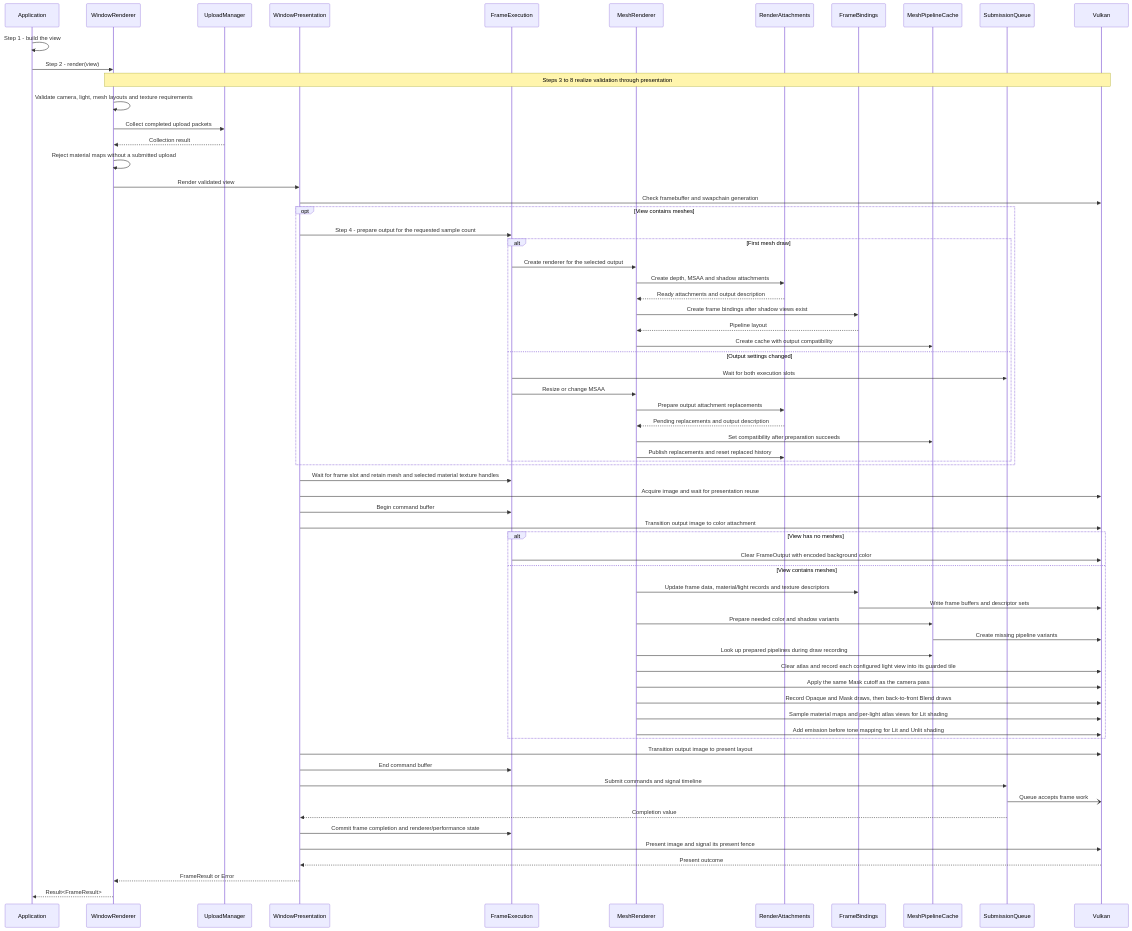
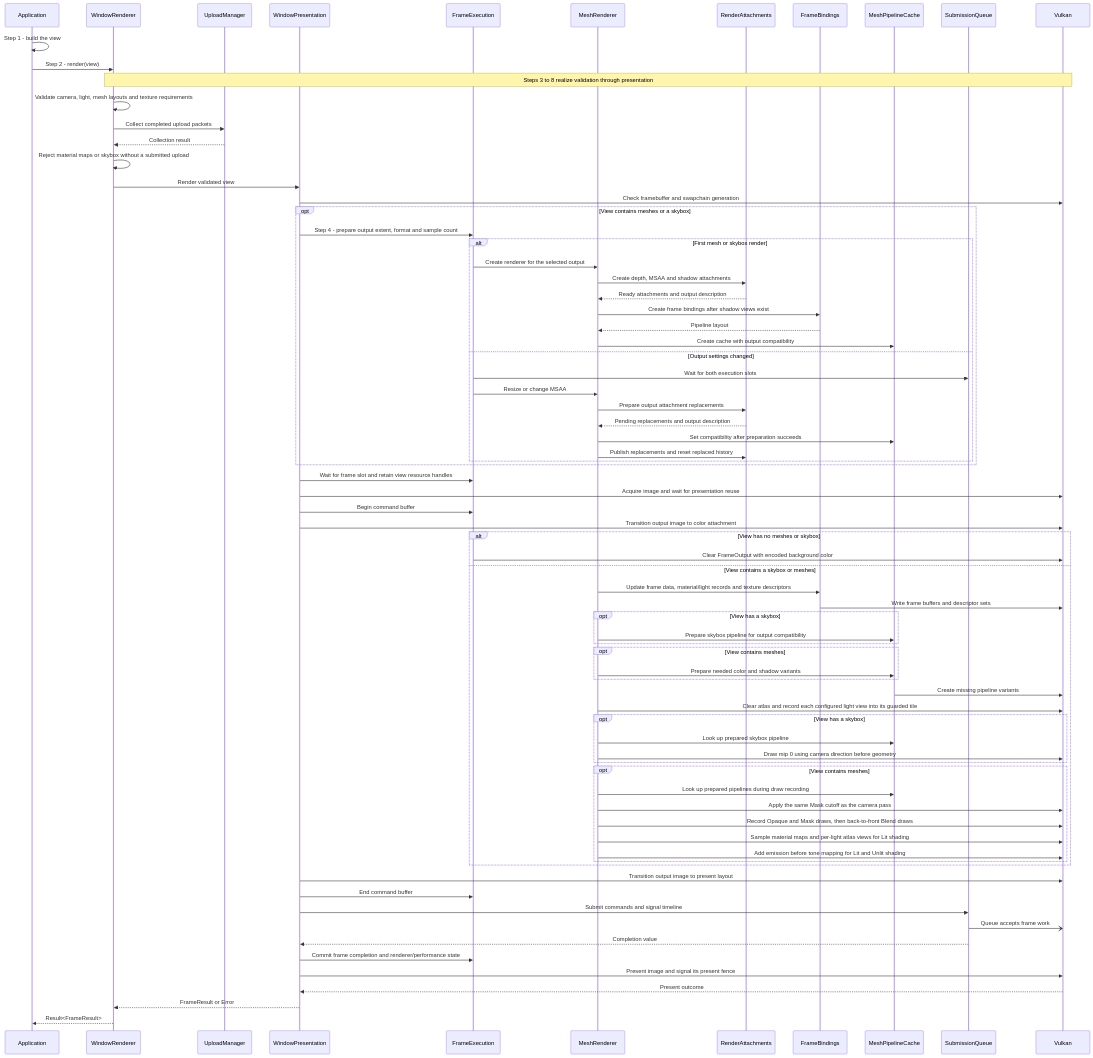
One commit to a-soltysik/Panda changed the diagram in docs/use-cases/render-view.md. Above: the diagram before and after it, drawn with Mermaid. The commit also changed other lines of this file and 66 other files, not shown here.

````diff
--- a/docs/use-cases/render-view.md
+++ b/docs/use-cases/render-view.md
@@ -128,69 +140,80 @@
 ```mermaid
 sequenceDiagram
     participant A as Application
     participant W as WindowRenderer
     participant U as UploadManager
     participant P as WindowPresentation
     participant E as FrameExecution
     participant R as MeshRenderer
     participant RA as RenderAttachments
     participant B as FrameBindings
     participant K as MeshPipelineCache
     participant Q as SubmissionQueue
     participant V as Vulkan
     A ->> A: Step 1 - build the view
     A ->> W: Step 2 - render(view)
     Note over W, V: Steps 3 to 8 realize validation through presentation
     W ->> W: Validate camera, light, mesh layouts and texture requirements
     W ->> U: Collect completed upload packets
     U -->> W: Collection result
-    W ->> W: Reject material maps without a submitted upload
+    W ->> W: Reject material maps or skybox without a submitted upload
     W ->> P: Render validated view
     P ->> V: Check framebuffer and swapchain generation
-    opt View contains meshes
-        P ->> E: Step 4 - prepare output for the requested sample count
-        alt First mesh draw
+    opt View contains meshes or a skybox
+        P ->> E: Step 4 - prepare output extent, format and sample count
+        alt First mesh or skybox render
             E ->> R: Create renderer for the selected output
             R ->> RA: Create depth, MSAA and shadow attachments
             RA -->> R: Ready attachments and output description
             R ->> B: Create frame bindings after shadow views exist
             B -->> R: Pipeline layout
             R ->> K: Create cache with output compatibility
         else Output settings changed
             E ->> Q: Wait for both execution slots
             E ->> R: Resize or change MSAA
             R ->> RA: Prepare output attachment replacements
             RA -->> R: Pending replacements and output description
             R ->> K: Set compatibility after preparation succeeds
             R ->> RA: Publish replacements and reset replaced history
         end
     end
-    P ->> E: Wait for frame slot and retain mesh and selected material texture handles
+    P ->> E: Wait for frame slot and retain view resource handles
     P ->> V: Acquire image and wait for presentation reuse
     P ->> E: Begin command buffer
     P ->> V: Transition output image to color attachment
-    alt View has no meshes
+    alt View has no meshes or skybox
         E ->> V: Clear FrameOutput with encoded background color
-    else View contains meshes
+    else View contains a skybox or meshes
         R ->> B: Update frame data, material/light records and texture descriptors
         B ->> V: Write frame buffers and descriptor sets
-        R ->> K: Prepare needed color and shadow variants
+        opt View has a skybox
+            R ->> K: Prepare skybox pipeline for output compatibility
+        end
+        opt View contains meshes
+            R ->> K: Prepare needed color and shadow variants
+        end
         K ->> V: Create missing pipeline variants
-        R ->> K: Look up prepared pipelines during draw recording
         R ->> V: Clear atlas and record each configured light view into its guarded tile
-        R ->> V: Apply the same Mask cutoff as the camera pass
-        R ->> V: Record Opaque and Mask draws, then back-to-front Blend draws
-        R ->> V: Sample material maps and per-light atlas views for Lit shading
-        R ->> V: Add emission before tone mapping for Lit and Unlit shading
+        opt View has a skybox
+            R ->> K: Look up prepared skybox pipeline
+            R ->> V: Draw mip 0 using camera direction before geometry
+        end
+        opt View contains meshes
+            R ->> K: Look up prepared pipelines during draw recording
+            R ->> V: Apply the same Mask cutoff as the camera pass
+            R ->> V: Record Opaque and Mask draws, then back-to-front Blend draws
+            R ->> V: Sample material maps and per-light atlas views for Lit shading
+            R ->> V: Add emission before tone mapping for Lit and Unlit shading
+        end
     end
     P ->> V: Transition output image to present layout
     P ->> E: End command buffer
     P ->> Q: Submit commands and signal timeline
     Q -) V: Queue accepts frame work
     Q -->> P: Completion value
     P ->> E: Commit frame completion and renderer/performance state
     P ->> V: Present image and signal its present fence
     V -->> P: Present outcome
     P -->> W: FrameResult or Error
     W -->> A: Result<FrameResult>
 ```
````
